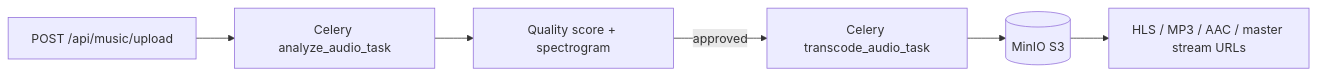
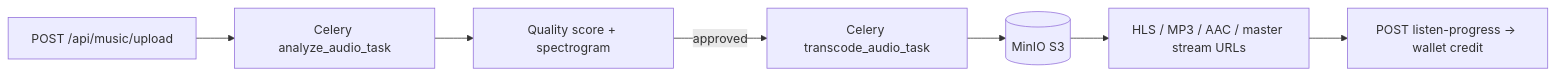
Before and after one commit to charlsonpeter/verisonic: the second of 4 diagrams in implementation_plan.md, drawn with Mermaid. The commit also changed other lines of this file and 3 other files, not shown here.

````diff
--- a/implementation_plan.md
+++ b/implementation_plan.md
@@ -41,8 +41,9 @@
 ```mermaid
 graph LR
     Upload[POST /api/music/upload] --> Analyze[Celery analyze_audio_task]
     Analyze --> Score[Quality score + spectrogram]
     Score -->|approved| Transcode[Celery transcode_audio_task]
     Transcode --> S3[(MinIO S3)]
     S3 --> Play[HLS / MP3 / AAC / master stream URLs]
+    Play --> Credit[POST listen-progress → wallet credit]
 ```
````
